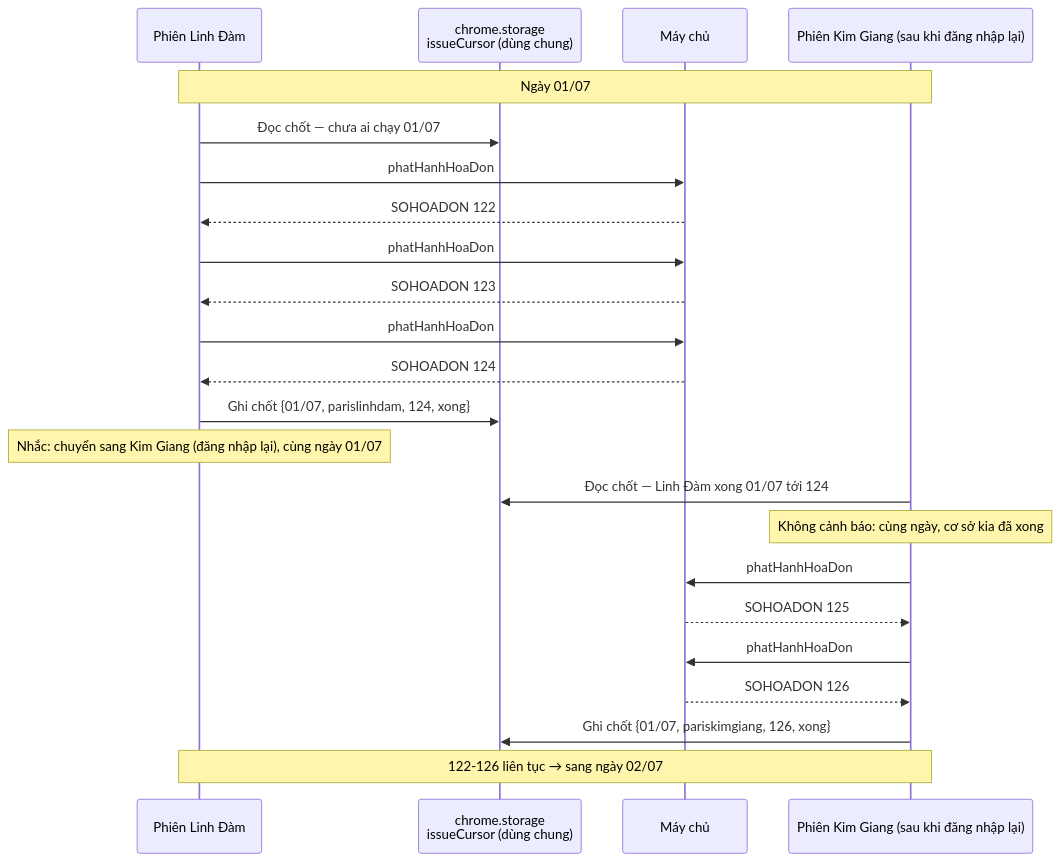
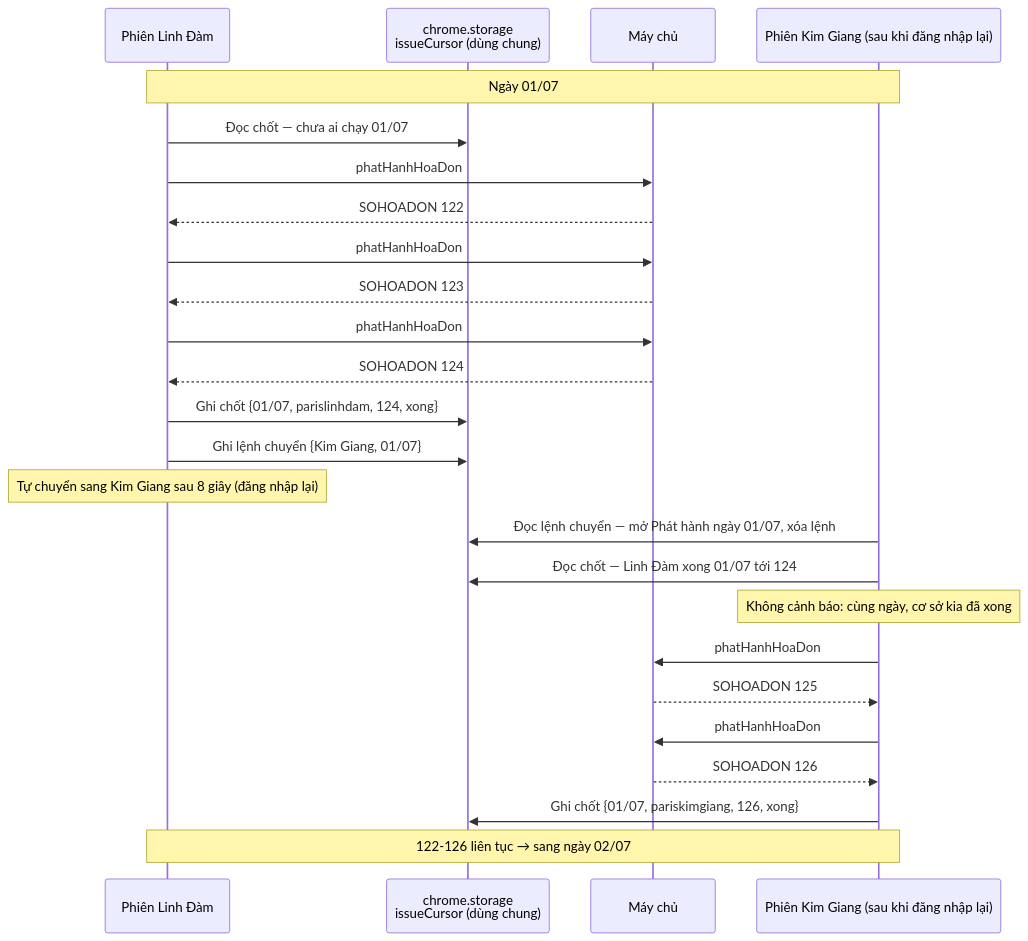
Before and after one commit to PhanDo19/extHelper: the second of 2 diagrams in docs/SEQUENTIAL_ISSUE_FLOW.md, drawn with Mermaid. The commit also changed other lines of this file and 10 other files, not shown here.

Commit message:
Phát hành xong một cơ sở thì tự chuyển sang cơ sở kế tiếp, mở sẵn đúng ngày (1.29.23)

````diff
--- a/docs/SEQUENTIAL_ISSUE_FLOW.md
+++ b/docs/SEQUENTIAL_ISSUE_FLOW.md
@@ -187,28 +220,30 @@
 ```mermaid
 sequenceDiagram
     participant LD as Phiên Linh Đàm
     participant S as chrome.storage<br/>issueCursor (dùng chung)
     participant SV as Máy chủ
     participant KG as Phiên Kim Giang (sau khi đăng nhập lại)
 
     Note over LD,KG: Ngày 01/07
 
     LD->>S: Đọc chốt — chưa ai chạy 01/07
     LD->>SV: phatHanhHoaDon #1
     SV-->>LD: SOHOADON 122
     LD->>SV: phatHanhHoaDon #2
     SV-->>LD: SOHOADON 123
     LD->>SV: phatHanhHoaDon #3
     SV-->>LD: SOHOADON 124
     LD->>S: Ghi chốt {01/07, parislinhdam, 124, xong}
-    Note over LD: Nhắc: chuyển sang Kim Giang (đăng nhập lại), cùng ngày 01/07
+    LD->>S: Ghi lệnh chuyển {Kim Giang, 01/07}
+    Note over LD: Tự chuyển sang Kim Giang sau 8 giây (đăng nhập lại)
 
+    KG->>S: Đọc lệnh chuyển — mở Phát hành ngày 01/07, xóa lệnh
     KG->>S: Đọc chốt — Linh Đàm xong 01/07 tới 124
     Note over KG: Không cảnh báo: cùng ngày, cơ sở kia đã xong
     KG->>SV: phatHanhHoaDon #1
     SV-->>KG: SOHOADON 125
     KG->>SV: phatHanhHoaDon #2
     SV-->>KG: SOHOADON 126
     KG->>S: Ghi chốt {01/07, pariskimgiang, 126, xong}
     Note over LD,KG: 122-126 liên tục → sang ngày 02/07
 ```
````
